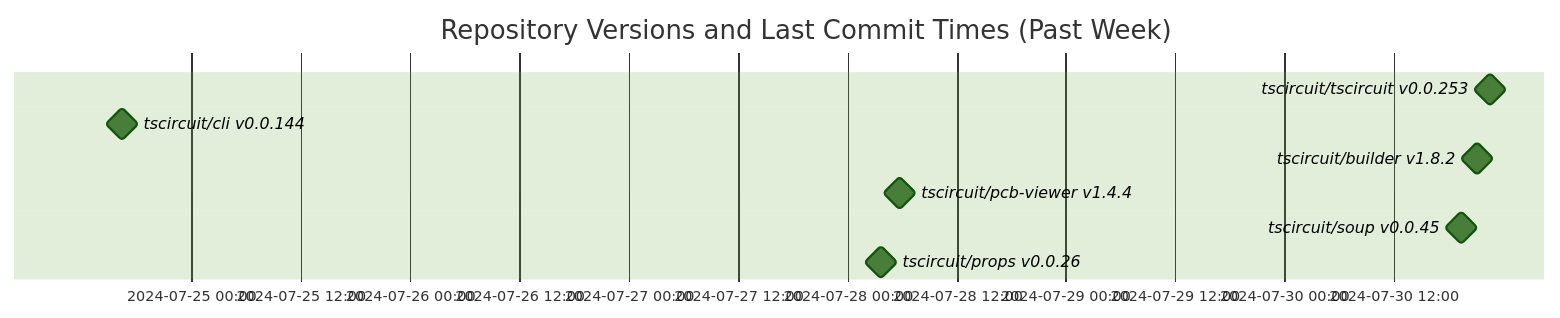
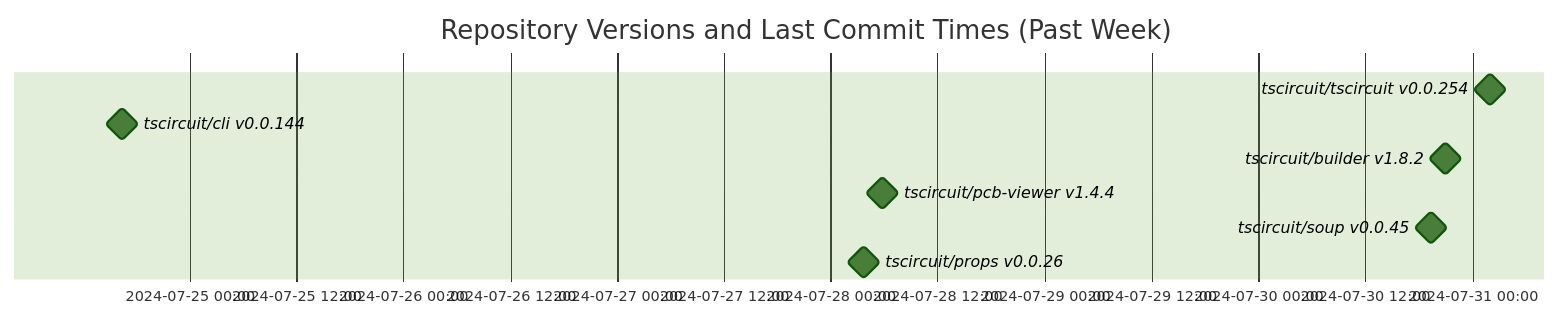
The diagram in README.md (tscircuit/version-tracker), drawn with Mermaid (forest theme) before and after one commit.

Commit message:
Update chart

````diff
--- a/README.md
+++ b/README.md
@@ -1,13 +1,13 @@
 ```mermaid
 gantt
   dateFormat  YYYY-MM-DD HH:mm:ss
   title Repository Versions and Last Commit Times (Past Week)
   axisFormat %Y-%m-%d %H:%M
 
-  tscircuit/tscircuit v0.0.253 : milestone, 2024-07-30 22:33:23, 1s
+  tscircuit/tscircuit v0.0.254 : milestone, 2024-07-31 02:00:36, 1s
   tscircuit/cli v0.0.144 : milestone, 2024-07-24 16:24:13, 1s
   tscircuit/builder v1.8.2 : milestone, 2024-07-30 21:04:30, 1s
   tscircuit/pcb-viewer v1.4.4 : milestone, 2024-07-28 05:46:25, 1s
   tscircuit/soup v0.0.45 : milestone, 2024-07-30 19:26:24, 1s
   tscircuit/props v0.0.26 : milestone, 2024-07-28 03:42:14, 1s
 ```
````
